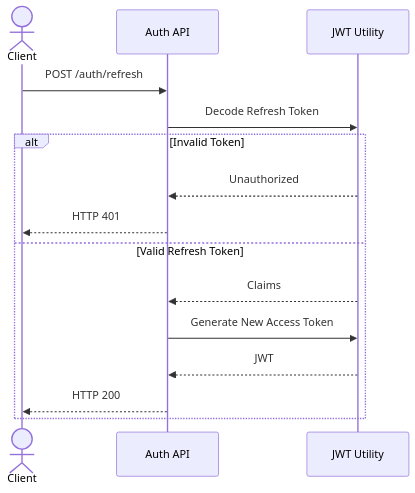
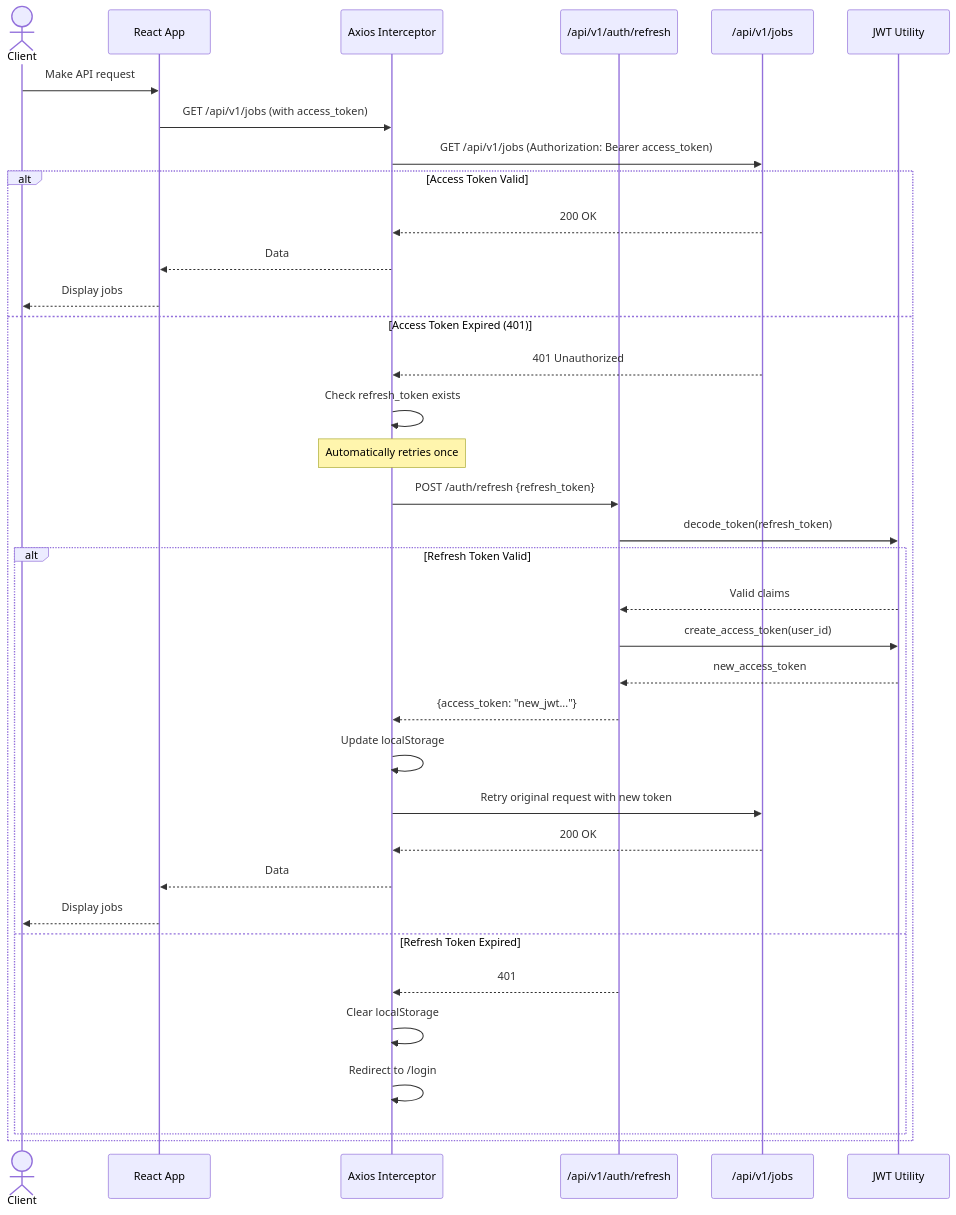
Before and after one commit to kmrgautam18-alt/career-ops-v2: the second of 2 diagrams in docs/diagrams/09-refresh-token-flow.md, drawn with Mermaid. The commit also changed other lines of this file and 8 other files, not shown here.

First line of the commit message:
docs: comprehensively update all 17 diagrams to reflect complete feature set

````diff
--- a/docs/diagrams/09-refresh-token-flow.md
+++ b/docs/diagrams/09-refresh-token-flow.md
@@ -63,30 +67,44 @@
 ```mermaid
 sequenceDiagram
 
 actor Client
-
-participant API as Auth API
+participant App as React App
+participant Axios as Axios Interceptor
+participant AuthAPI as /api/v1/auth/refresh
+participant ProtectedAPI as /api/v1/jobs
 participant JWT as JWT Utility
 
-Client->>API: POST /auth/refresh
+Client->>App: Make API request
+App->>Axios: GET /api/v1/jobs (with access_token)
+Axios->>ProtectedAPI: GET /api/v1/jobs (Authorization: Bearer access_token)
 
-API->>JWT: Decode Refresh Token
-
-alt Invalid Token
-
-JWT-->>API: Unauthorized
-
-API-->>Client: HTTP 401
-
-else Valid Refresh Token
-
-JWT-->>API: Claims
-
-API->>JWT: Generate New Access Token
-
-JWT-->>API: JWT
-
-API-->>Client: HTTP 200
-
+alt Access Token Valid
+    ProtectedAPI-->>Axios: 200 OK
+    Axios-->>App: Data
+    App-->>Client: Display jobs
+else Access Token Expired (401)
+    ProtectedAPI-->>Axios: 401 Unauthorized
+    
+    Axios->>Axios: Check refresh_token exists
+    Note over Axios: Automatically retries once
+    
+    Axios->>AuthAPI: POST /auth/refresh {refresh_token}
+    AuthAPI->>JWT: decode_token(refresh_token)
+    
+    alt Refresh Token Valid
+        JWT-->>AuthAPI: Valid claims
+        AuthAPI->>JWT: create_access_token(user_id)
+        JWT-->>AuthAPI: new_access_token
+        AuthAPI-->>Axios: {access_token: "new_jwt..."}
+        Axios->>Axios: Update localStorage
+        Axios->>ProtectedAPI: Retry original request with new token
+        ProtectedAPI-->>Axios: 200 OK
+        Axios-->>App: Data
+        App-->>Client: Display jobs
+    else Refresh Token Expired
+        AuthAPI-->>Axios: 401
+        Axios->>Axios: Clear localStorage
+        Axios->>Axios: Redirect to /login
+    end
 end
 ```
````
